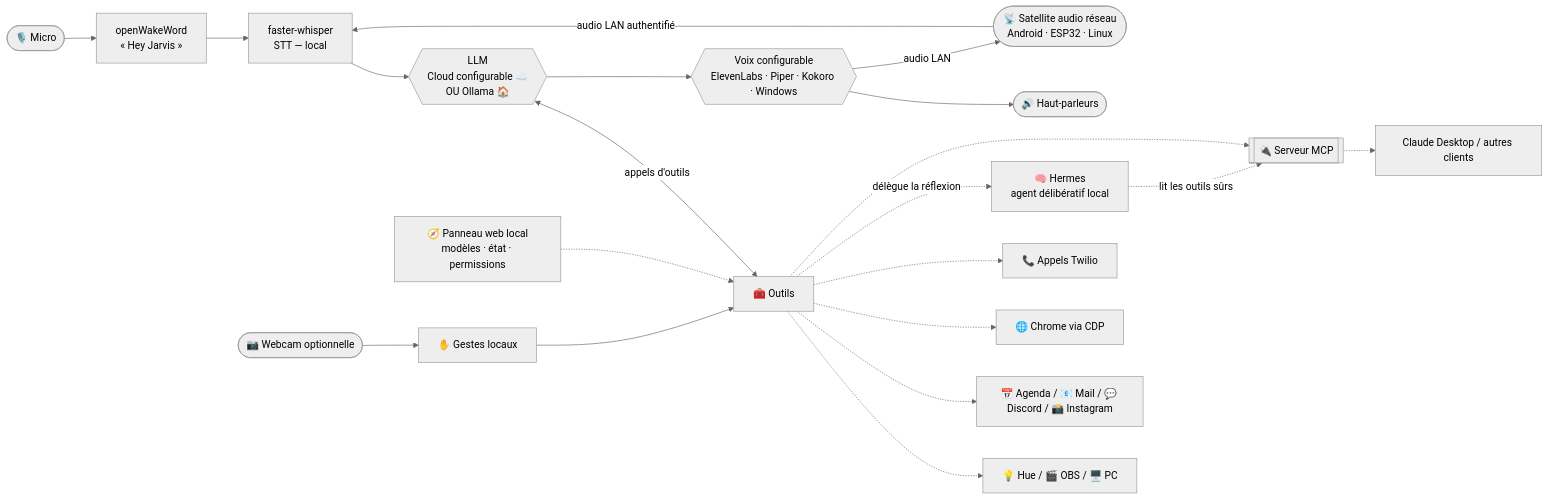
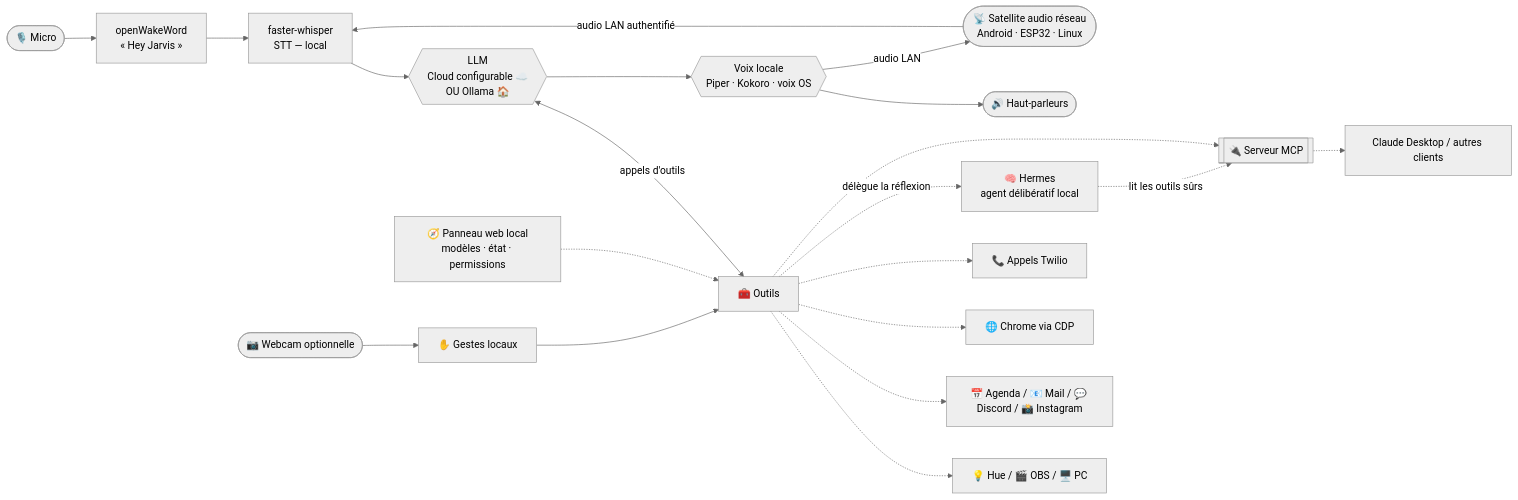
Before and after one commit to flochatelain0-sudo/jarvis-assistant-vocal: the diagram in README.md, drawn with Mermaid (neutral theme). The commit also changed other lines of this file and 21 other files, not shown here.

First line of the commit message:
Mistral AI en fournisseur cloud, ElevenLabs retire (voix 100% locale)

````diff
--- a/README.md
+++ b/README.md
@@ -85,24 +85,24 @@
 ```mermaid
 flowchart LR
     Mic([🎙️ Micro]) --> WW[openWakeWord<br/>« Hey Jarvis »]
     WW --> STT[faster-whisper<br/>STT — local]
     STT --> LLM{{LLM<br/>Cloud configurable ☁️<br/>OU Ollama 🏠}}
     LLM <-->|appels d'outils| TOOLS[🧰 Outils]
-    LLM --> TTS{{Voix configurable<br/>ElevenLabs · Piper · Kokoro · Windows}}
+    LLM --> TTS{{Voix locale<br/>Piper · Kokoro · voix OS}}
     TTS --> SPK([🔊 Haut-parleurs])
 
     SAT([📡 Satellite audio réseau<br/>Android · ESP32 · Linux]) -->|audio LAN authentifié| STT
     TTS -->|audio LAN| SAT
     CAM([📷 Webcam optionnelle]) --> GEST[✋ Gestes locaux]
     GEST --> TOOLS
 
     TOOLS -.-> HOME[💡 Hue / 🎬 OBS / 🖥️ PC]
     TOOLS -.-> NET[📅 Agenda / 📧 Mail / 💬 Discord / 📸 Instagram]
     TOOLS -.-> CDP[🌐 Chrome via CDP]
     TOOLS -.-> TW[📞 Appels Twilio]
     TOOLS -.->|délègue la réflexion| HERMES[🧠 Hermes<br/>agent délibératif local]
     TOOLS -.-> MCP[[🔌 Serveur MCP]]
     HERMES -.->|lit les outils sûrs| MCP
     MCP -.-> EXT[Claude Desktop / autres clients]
     PANEL[🧭 Panneau web local<br/>modèles · état · permissions] -.-> TOOLS
 ```
````
